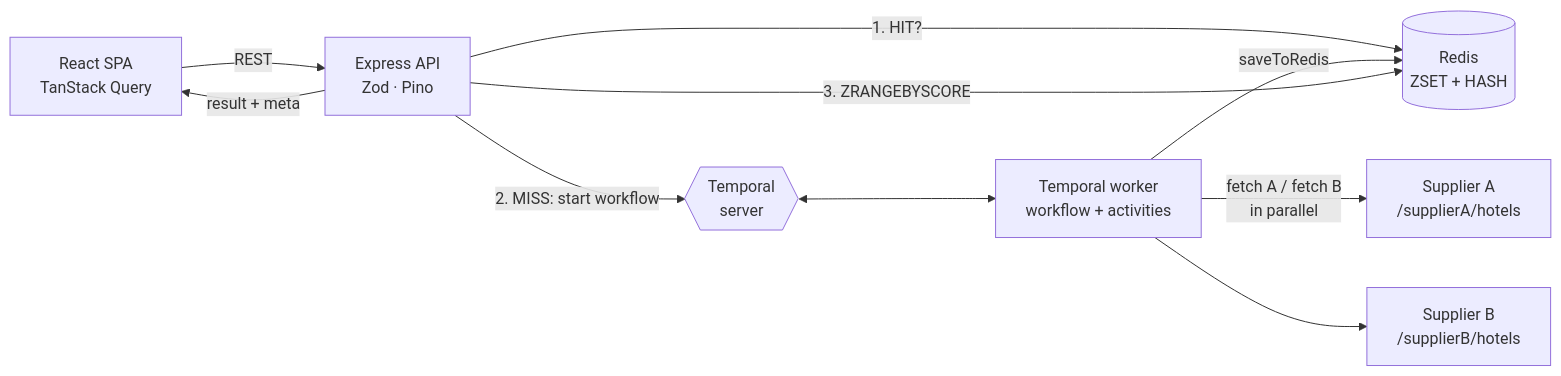
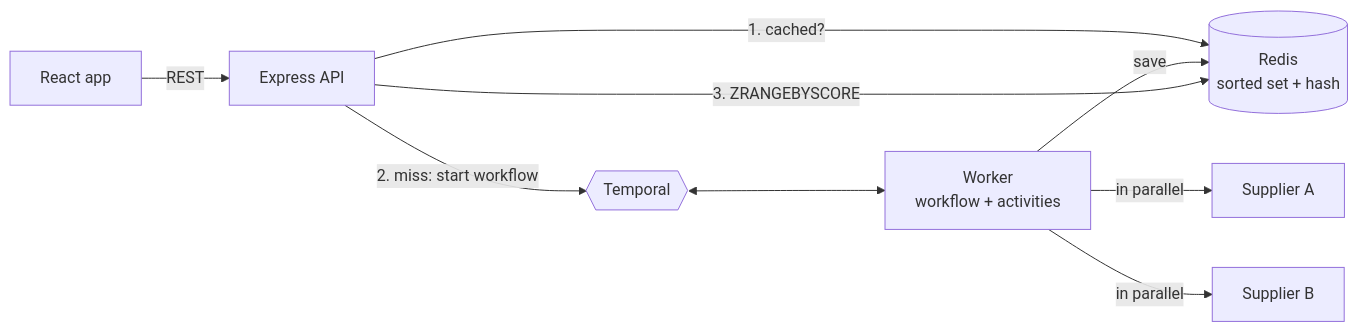
One commit to lucky15426/Tripare_AI changed the diagram in README.md. Above: the diagram before and after it, drawn with Mermaid. The commit also changed other lines of this file and 9 other files, not shown here.

````diff
--- a/README.md
+++ b/README.md
@@ -23,12 +48,11 @@
 ```mermaid
 flowchart LR
-  UI[React SPA<br/>TanStack Query] -->|REST| API[Express API<br/>Zod · Pino]
-  API -->|1. HIT?| R[(Redis<br/>ZSET + HASH)]
-  API -->|2. MISS: start workflow| T{{Temporal<br/>server}}
-  T <--> W[Temporal worker<br/>workflow + activities]
-  W -->|fetch A / fetch B<br/>in parallel| SA[Supplier A<br/>/supplierA/hotels]
-  W --> SB[Supplier B<br/>/supplierB/hotels]
-  W -->|saveToRedis| R
-  API -->|3. ZRANGEBYSCORE| R
-  API -->|result + meta| UI
+  UI["React app"] -->|REST| API["Express API"]
+  API -->|"1. cached?"| R[("Redis<br/>sorted set + hash")]
+  API -->|"2. miss: start workflow"| T{{"Temporal"}}
+  T <--> W["Worker<br/>workflow + activities"]
+  W -->|in parallel| SA["Supplier A"]
+  W -->|in parallel| SB["Supplier B"]
+  W -->|"save"| R
+  API -->|"3. ZRANGEBYSCORE"| R
 ```
````
